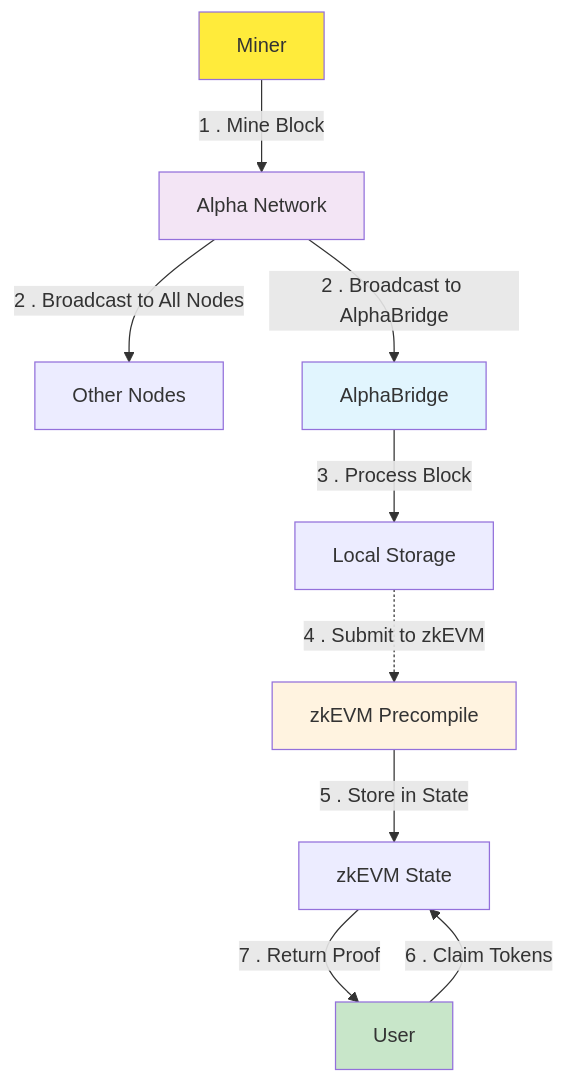
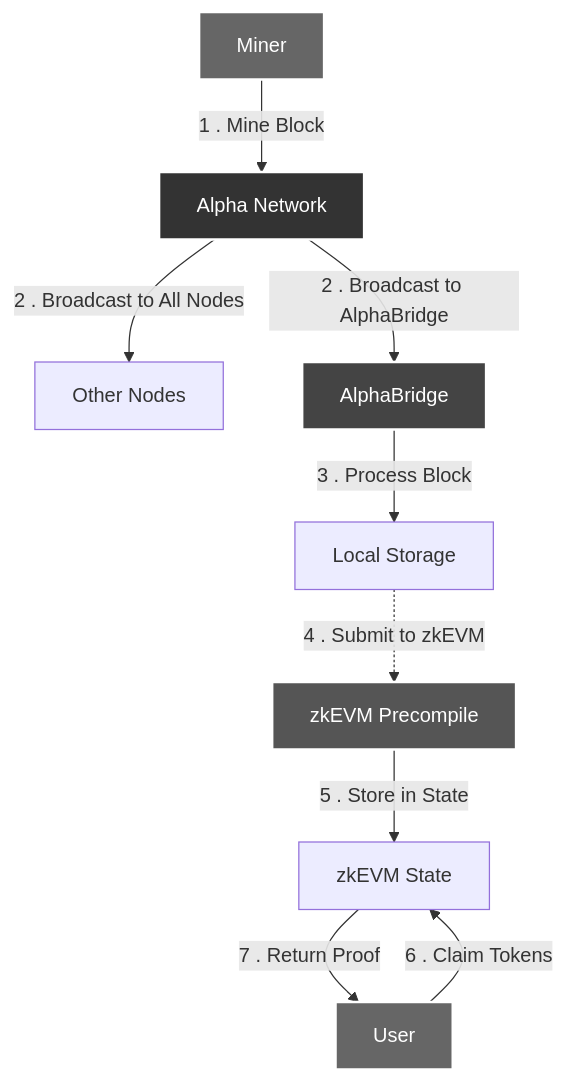
The third of 4 diagrams in crates/alphabridge/README.md (unicitynetwork/unicity-prism), drawn with Mermaid before and after one commit. The commit also changed other lines of this file, not shown here.

Commit message:
doc(alphabridge): improve colors of mermaid

````diff
--- a/crates/alphabridge/README.md
+++ b/crates/alphabridge/README.md
@@ -98,16 +98,16 @@
 ```mermaid
 graph TD
     Miner[Miner] -->|1 . Mine Block| Network[Alpha Network]
     Network -->|2 . Broadcast to All Nodes| Nodes[Other Nodes]
     Network -->|2 . Broadcast to AlphaBridge| Bridge[AlphaBridge]
     Bridge -->|3 . Process Block| Storage[Local Storage]
     Storage -.->|4 . Submit to zkEVM| Precompile[zkEVM Precompile]
     Precompile -->|5 . Store in State| zkEVMState[zkEVM State]
     User[User] -->|6 . Claim Tokens| zkEVMState
     zkEVMState -->|7 . Return Proof| User
-    style Miner fill: #ffeb3b
-    style Network fill: #f3e5f5
-    style Bridge fill: #e1f5fe
-    style Precompile fill: #fff3e0
-    style User fill: #c8e6c9
+    style Miner fill: #666666,stroke:#ffffff,stroke-width:2px,color:#ffffff
+    style Network fill: #333333,stroke:#ffffff,stroke-width:2px,color:#ffffff
+    style Bridge fill: #444444,stroke:#ffffff,stroke-width:2px,color:#ffffff
+    style Precompile fill: #555555,stroke:#ffffff,stroke-width:2px,color:#ffffff
+    style User fill: #666666,stroke:#ffffff,stroke-width:2px,color:#ffffff
 ```
````
